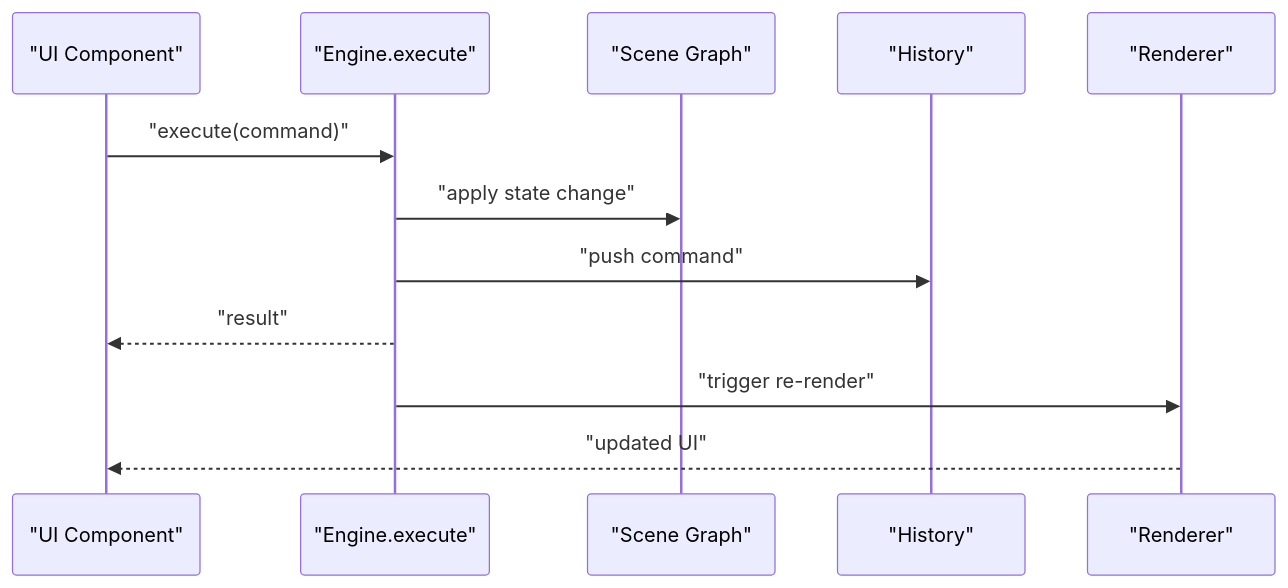
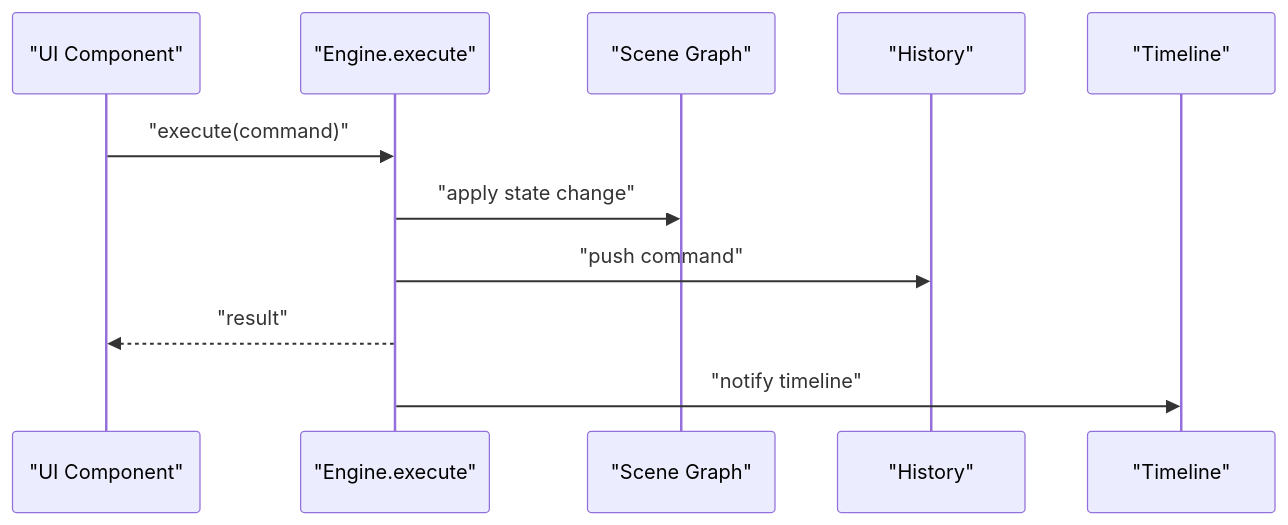
One commit to Anna0314zy/ai_editor_enginer changed the second of 12 diagrams in .qoder/repowiki/en/content/Core Engine System/Core Engine System.md. Above: the diagram before and after it, drawn with Mermaid. The commit also changed other lines of this file and 41 other files, not shown here.

````diff
--- a/.qoder/repowiki/en/content/Core Engine System/Core Engine System.md
+++ b/.qoder/repowiki/en/content/Core Engine System/Core Engine System.md
@@ -112,14 +145,13 @@
 ```mermaid
 sequenceDiagram
 participant UI as "UI Component"
 participant Engine as "Engine.execute"
 participant Scene as "Scene Graph"
 participant History as "History"
-participant Renderer as "Renderer"
+participant Timeline as "Timeline"
 UI->>Engine : "execute(command)"
 Engine->>Scene : "apply state change"
 Engine->>History : "push command"
 Engine-->>UI : "result"
-Engine->>Renderer : "trigger re-render"
-Renderer-->>UI : "updated UI"
+Engine->>Timeline : "notify timeline"
 ```
````
